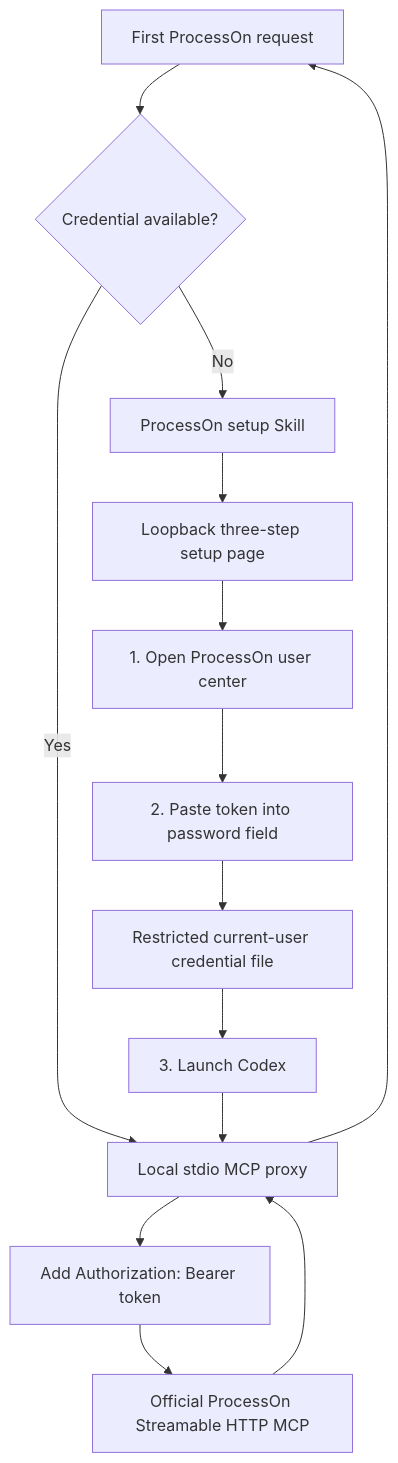
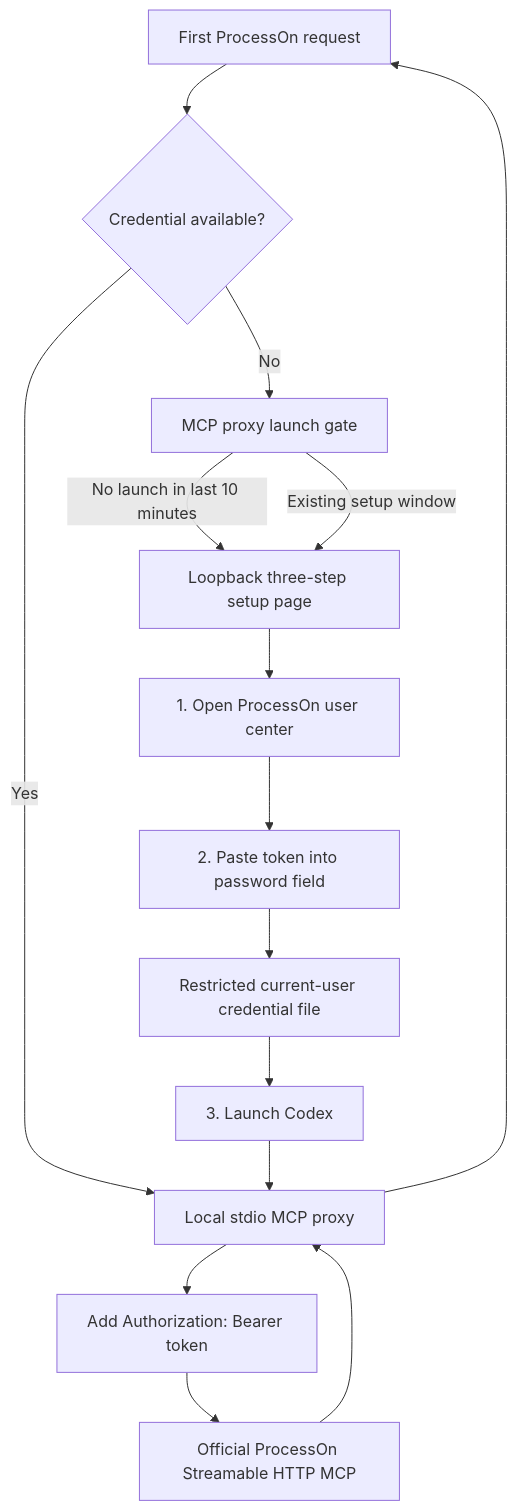
The diagram in docs/superpowers/specs/2026-09-14-processon-local-credential-setup-design.md (full-stack-plugins/partme-processon-plugin), drawn with Mermaid before and after one commit. The commit also changed other lines of this file and 10 other files, not shown here.

Commit message:
fix: open ProcessOn token setup on authentication failure

````diff
--- a/docs/superpowers/specs/2026-09-14-processon-local-credential-setup-design.md
+++ b/docs/superpowers/specs/2026-09-14-processon-local-credential-setup-design.md
@@ -17,16 +17,17 @@
 ```mermaid
 flowchart TD
     U["First ProcessOn request"] --> C{"Credential available?"}
     C -->|Yes| P["Local stdio MCP proxy"]
-    C -->|No| S["ProcessOn setup Skill"]
-    S --> W["Loopback three-step setup page"]
+    C -->|No| T["MCP proxy launch gate"]
+    T -->|No launch in last 10 minutes| W["Loopback three-step setup page"]
+    T -->|Existing setup window| W
     W --> G["1. Open ProcessOn user center"]
     G --> K["2. Paste token into password field"]
     K --> F["Restricted current-user credential file"]
     F --> L["3. Launch Codex"]
     L --> P
     P --> H["Add Authorization: Bearer token"]
     H --> M["Official ProcessOn Streamable HTTP MCP"]
     M --> P
     P --> U
 ```
````
